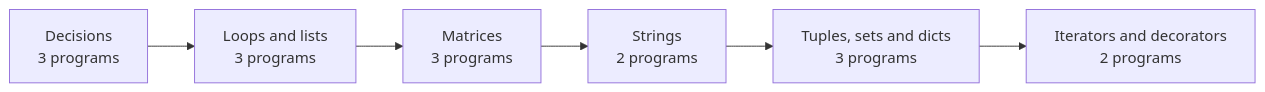
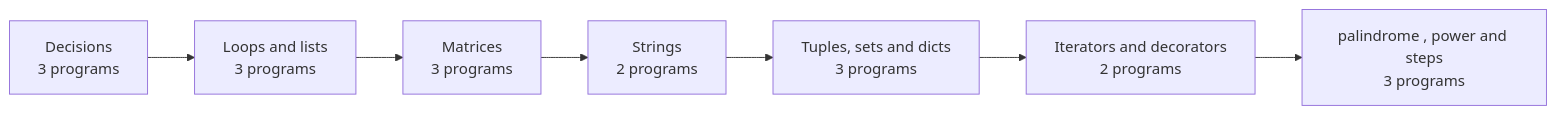
One commit to saravanan2006-coder/vglug-tasks changed the diagram in README.md. Above: the diagram before and after it, drawn with Mermaid. The commit also changed other lines of this file, not shown here.

````diff
--- a/README.md
+++ b/README.md
@@ -15,10 +15,11 @@
 ```mermaid
 flowchart LR
     T0["Decisions<br/>3 programs"]
     T1["Loops and lists<br/>3 programs"]
     T2["Matrices<br/>3 programs"]
     T3["Strings<br/>2 programs"]
     T4["Tuples, sets and dicts<br/>3 programs"]
     T5["Iterators and decorators<br/>2 programs"]
-    T0 --> T1 --> T2 --> T3 --> T4 --> T5
+    T6["palindrome , power and steps<br/>3 programs"]
+    T0 --> T1 --> T2 --> T3 --> T4 --> T5 --> T6
 ```
````
